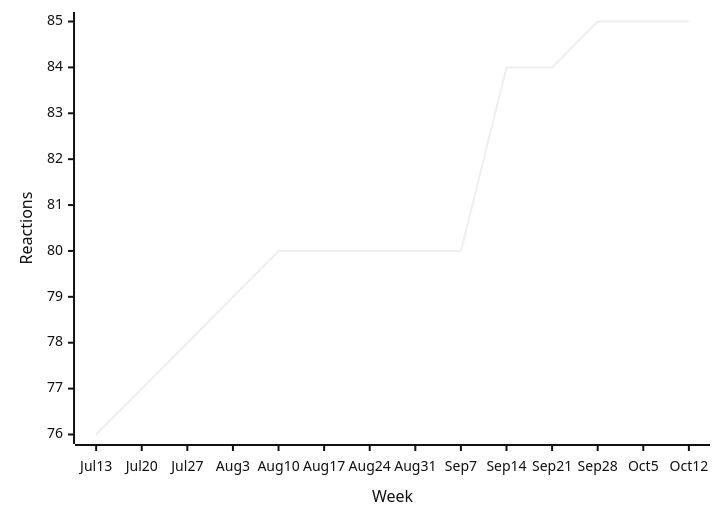
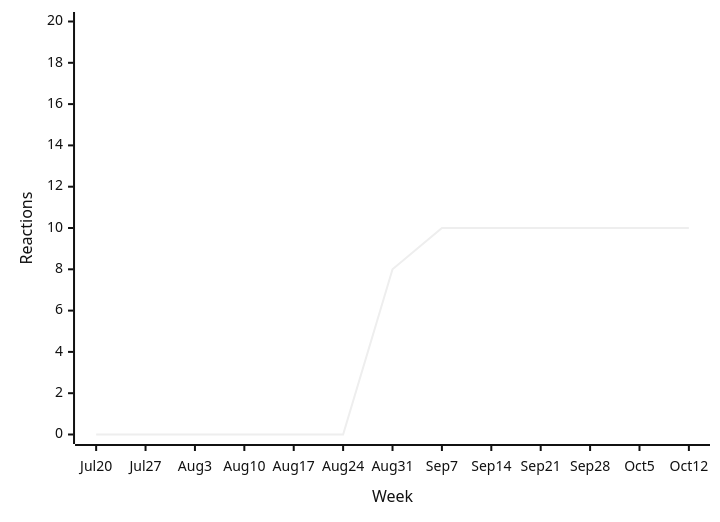
Diagram 15 of 38 in README.md (loic-sharma/github-insights), drawn with Mermaid (neutral theme) before and after one commit. The commit also changed other lines of this file and 3 other files, not shown here.

````diff
--- a/README.md
+++ b/README.md
@@ -562,6 +562,6 @@
   ```mermaid
   xychart-beta
-    x-axis "Week" [Jul 13, Jul 20, Jul 27, Aug 3, Aug 10, Aug 17, Aug 24, Aug 31, Sep 7, Sep 14, Sep 21, Sep 28, Oct 5, Oct 12]
-    y-axis "Reactions"
-    line [76, 77, 78, 79, 80, 80, 80, 80, 80, 84, 84, 85, 85, 85]
+    x-axis "Week" [Jul 20, Jul 27, Aug 3, Aug 10, Aug 17, Aug 24, Aug 31, Sep 7, Sep 14, Sep 21, Sep 28, Oct 5, Oct 12]
+    y-axis "Reactions" 0 --> 20
+    line [0, 0, 0, 0, 0, 0, 8, 10, 10, 10, 10, 10, 10]
   ```
````
